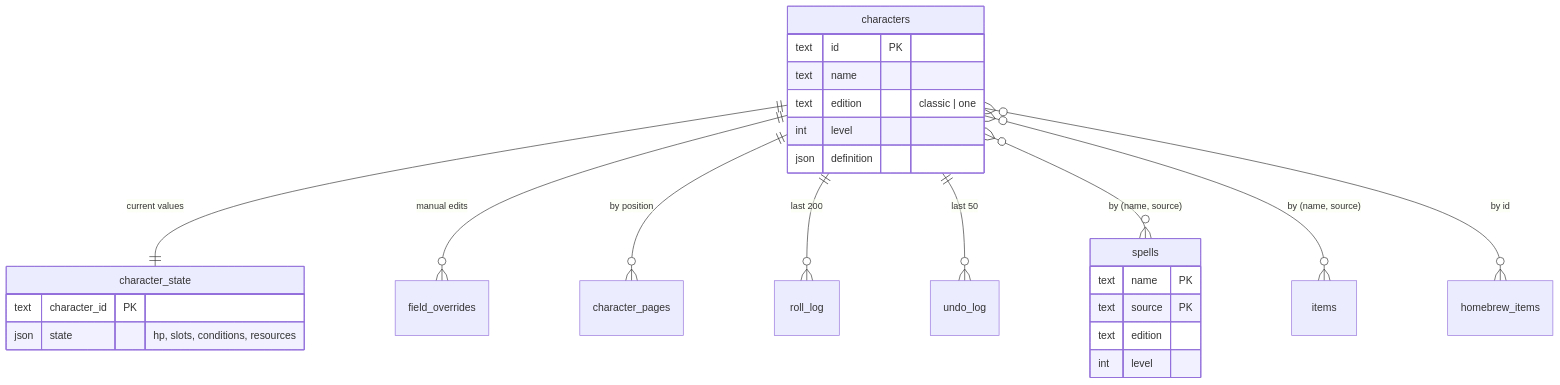
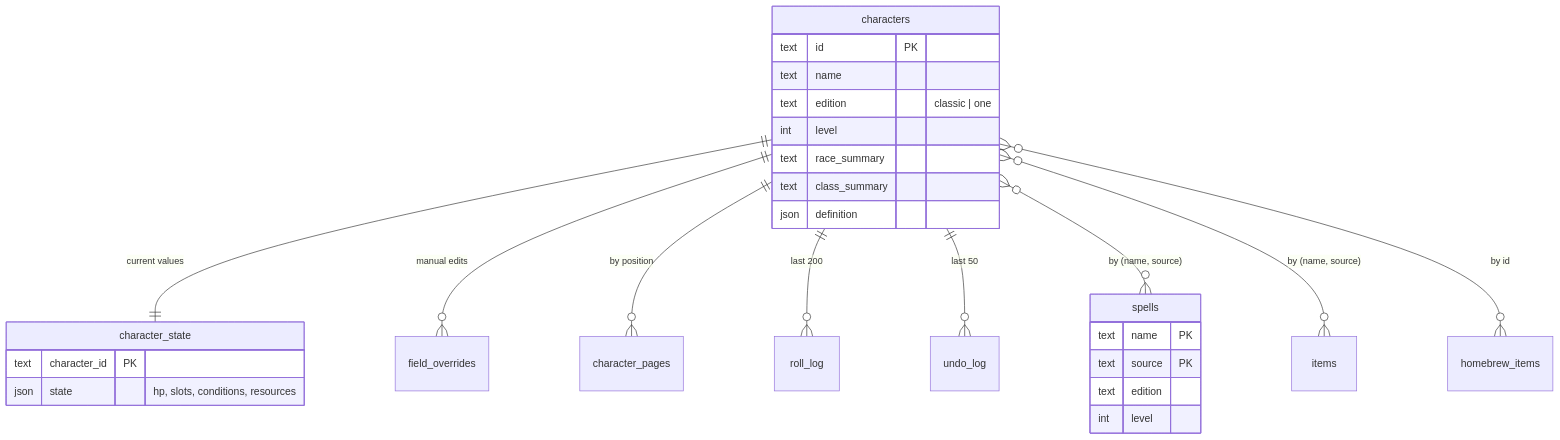
One commit to dean-matt/local-dnd-character-sheet changed the diagram in docs/data-model.md. Above: the diagram before and after it, drawn with Mermaid. The commit also changed other lines of this file and 12 other files, not shown here.

First line of the commit message:
characters gains race and class summary columns (#354)

````diff
--- a/docs/data-model.md
+++ b/docs/data-model.md
@@ -11,29 +11,31 @@
 ```mermaid
 erDiagram
     characters ||--|| character_state : "current values"
     characters ||--o{ field_overrides : "manual edits"
     characters ||--o{ character_pages : "by position"
     characters ||--o{ roll_log : "last 200"
     characters ||--o{ undo_log : "last 50"
     characters }o--o{ spells : "by (name, source)"
     characters }o--o{ items : "by (name, source)"
     characters }o--o{ homebrew_items : "by id"
 
     characters {
         text id PK
         text name
         text edition "classic | one"
         int  level
+        text race_summary
+        text class_summary
         json definition
     }
     character_state {
         text character_id PK
         json state "hp, slots, conditions, resources"
     }
     spells {
         text name PK
         text source PK
         text edition
         int  level
     }
 ```
````
